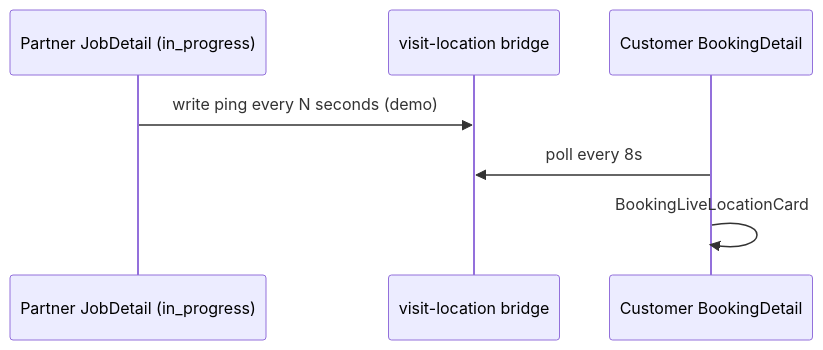
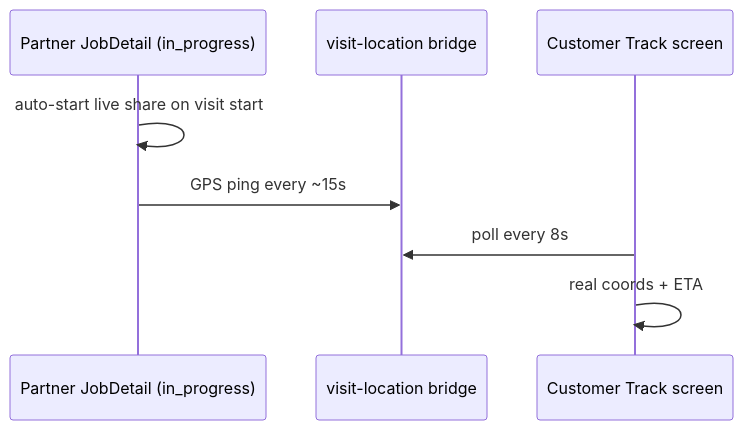
One commit to Deepesh2104/QuickMaid-App changed the third of 4 diagrams in docs/FSD/CROSS-APP-BRIDGE.md. Above: the diagram before and after it, drawn with Mermaid. The commit also changed other lines of this file and 106 other files, not shown here.

Commit message:
feat(bridge): complete customer-partner demo sync and premium booking UI

````diff
--- a/docs/FSD/CROSS-APP-BRIDGE.md
+++ b/docs/FSD/CROSS-APP-BRIDGE.md
@@ -54,10 +79,11 @@
 ```mermaid
 sequenceDiagram
   participant PD as Partner JobDetail (in_progress)
   participant VL as visit-location bridge
-  participant CD as Customer BookingDetail
+  participant TR as Customer Track screen
 
-  PD->>VL: write ping every N seconds (demo)
-  CD->>VL: poll every 8s
-  CD->>CD: BookingLiveLocationCard
+  PD->>PD: auto-start live share on visit start
+  PD->>VL: GPS ping every ~15s
+  TR->>VL: poll every 8s
+  TR->>TR: real coords + ETA
 ```
````
